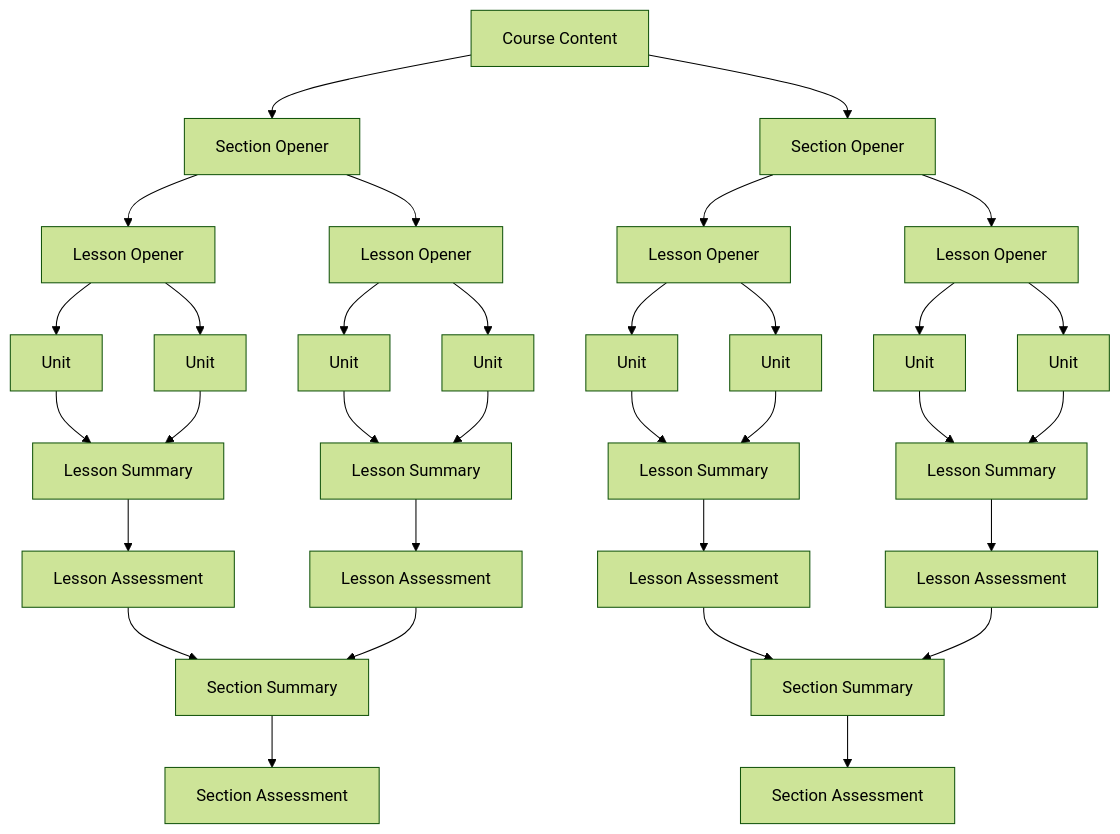
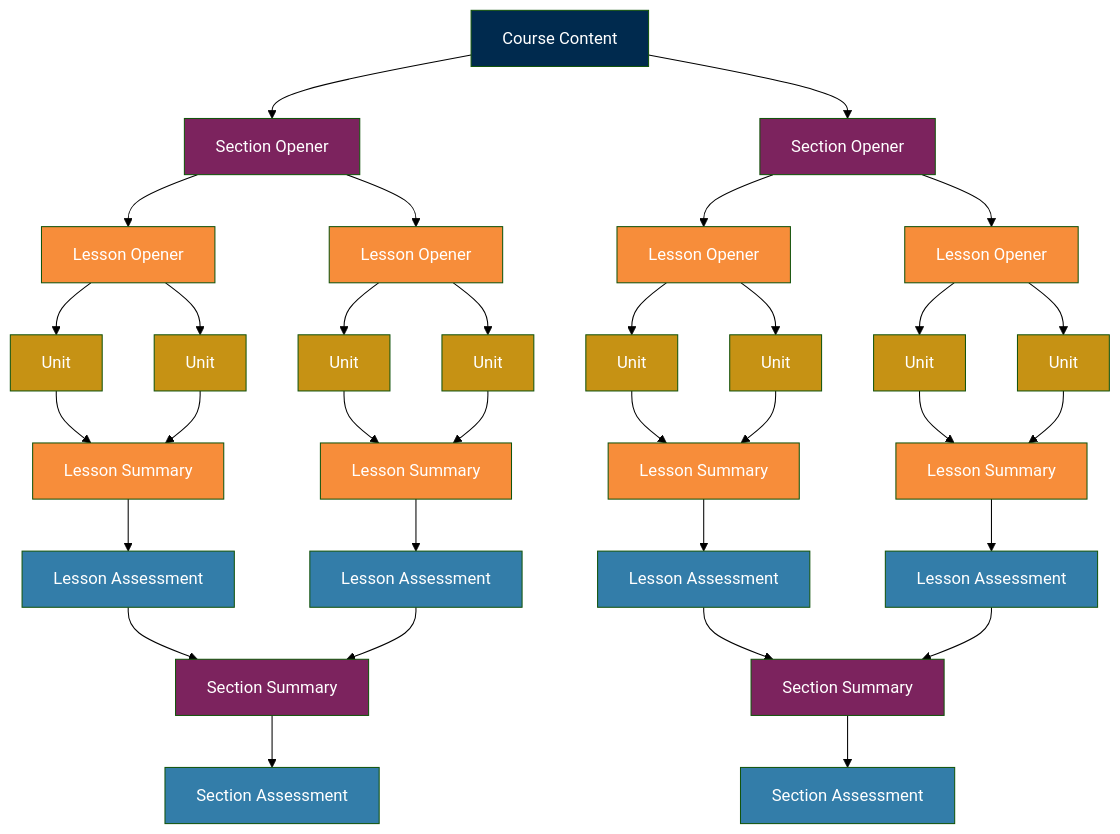
One commit to Standards-and-Practices/Structured-Rapid-Development changed the diagram in README.md. Above: the diagram before and after it, drawn with Mermaid (forest theme).

Commit message:
Add color to mermaid.

```diff
--- a/README.md
+++ b/README.md
@@ -88,62 +88,70 @@
 <div class="mermaid">
 graph TD;
 CC[Course Content]:::CC;
 SO01[Section Opener]:::SO;
 LO01[Lesson Opener]:::LO;
 LO02[Lesson Opener]:::LO;
 U01[Unit]:::U;
 U02[Unit]:::U;
 U03[Unit]:::U;
 U04[Unit]:::U;
 LS01[Lesson Summary]:::LS;
 LS02[Lesson Summary]:::LS;
 LA01[Lesson Assessment]:::LA;
 LA02[Lesson Assessment]:::LA;
 SS01[Section Summary]:::SS;
 SA01[Section Assessment]:::SA;
 CC --> SO01;
 SO01 --> LO01;
 SO01 --> LO02;
 LO01 --> U01;
 LO01 --> U02;
 LO02 --> U03;
 LO02 --> U04;
 U01 --> LS01;
 U02 --> LS01;
 U03 --> LS02;
 U04 --> LS02;
 LS01 --> LA01;
 LS02 --> LA02;
 LA01 --> SS01;
 LA02 --> SS01;
 SS01 --> SA01;
 SO02[Section Opener]:::SO;
 LO03[Lesson Opener]:::LO;
 LO04[Lesson Opener]:::LO;
 U05[Unit]:::U;
 U06[Unit]:::U;
 U07[Unit]:::U;
 U08[Unit]:::U;
 LS03[Lesson Summary]:::LS;
 LS04[Lesson Summary]:::LS;
 LA03[Lesson Assessment]:::LA;
 LA04[Lesson Assessment]:::LA;
 SS02[Section Summary]:::SS;
 SA02[Section Assessment]:::SA;
 CC --> SO02;
 SO02 --> LO03;
 SO02 --> LO04;
 LO03 --> U05;
 LO03 --> U06;
 LO04 --> U07;
 LO04 --> U08;
 U05 --> LS03;
 U06 --> LS03;
 U07 --> LS04;
 U08 --> LS04;
 LS03 --> LA03;
 LS04 --> LA04;
 LA03 --> SS02;
 LA04 --> SS02;
 SS02 --> SA02;
+classDef CC fill:#002A4E,color:#ffffff;
+classDef SO fill:#7C235E,color:#ffffff;
+classDef LO fill:#F78D3A,color:#ffffff;
+classDef U fill:#C69214,color:#ffffff;
+classDef LS fill:#F78D3A,color:#ffffff;
+classDef LA fill:#337DA9,color:#ffffff;
+classDef SS fill:#7C235E,color:#ffffff;
+classDef SA fill:#337DA9,color:#ffffff;
 </div>
```
